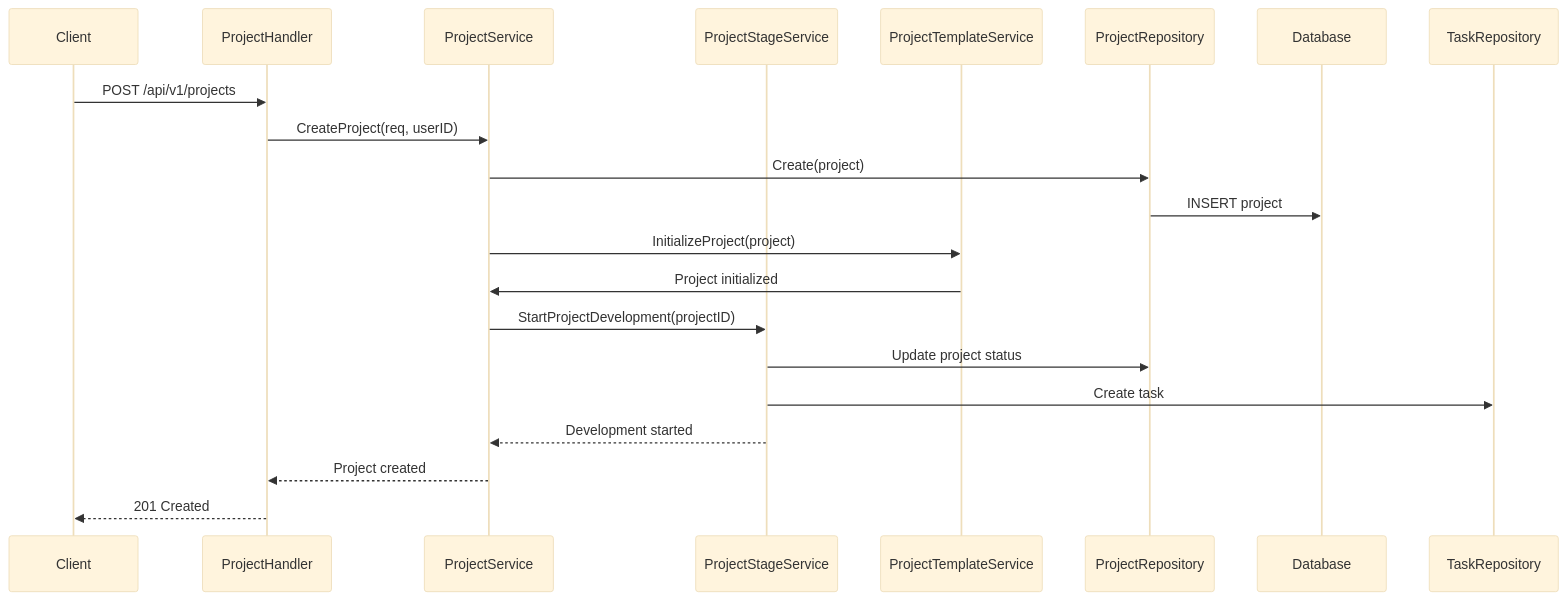
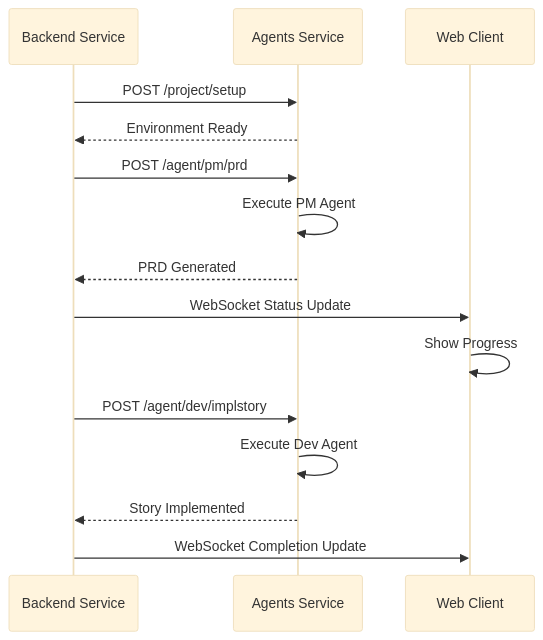
The fifth of 6 diagrams in backend/architect/ARCHITECTURE.md (lighthought/app-maker), drawn with Mermaid (base theme) before and after one commit. The commit also changed other lines of this file and 18 other files, not shown here.

````diff
--- a/backend/architect/ARCHITECTURE.md
+++ b/backend/architect/ARCHITECTURE.md
@@ -350,23 +241,22 @@
 ```mermaid
 sequenceDiagram
-    participant Client
-    participant ProjectHandler
-    participant ProjectService
-    participant ProjectStageService
-    participant ProjectTemplateService
-    participant ProjectRepository
-    participant Database
-
-    Client->>ProjectHandler: POST /api/v1/projects
-    ProjectHandler->>ProjectService: CreateProject(req, userID)
-    ProjectService->>ProjectRepository: Create(project)
-    ProjectRepository->>Database: INSERT project
-    ProjectService->>ProjectTemplateService: InitializeProject(project)
-    ProjectTemplateService->>ProjectService: Project initialized
-    ProjectService->>ProjectStageService: StartProjectDevelopment(projectID)
-    ProjectStageService->>ProjectRepository: Update project status
-    ProjectStageService->>TaskRepository: Create task
-    ProjectStageService-->>ProjectService: Development started
-    ProjectService-->>ProjectHandler: Project created
-    ProjectHandler-->>Client: 201 Created
+    participant Backend as Backend Service
+    participant Agents as Agents Service
+    participant Client as Web Client
+    
+    Backend->>Agents: POST /project/setup
+    Agents-->>Backend: Environment Ready
+    
+    Backend->>Agents: POST /agent/pm/prd
+    Agents->>Agents: Execute PM Agent
+    Agents-->>Backend: PRD Generated
+    
+    Backend->>Client: WebSocket Status Update
+    Client->>Client: Show Progress
+    
+    Backend->>Agents: POST /agent/dev/implstory
+    Agents->>Agents: Execute Dev Agent
+    Agents-->>Backend: Story Implemented
+    
+    Backend->>Client: WebSocket Completion Update
 ```
````
